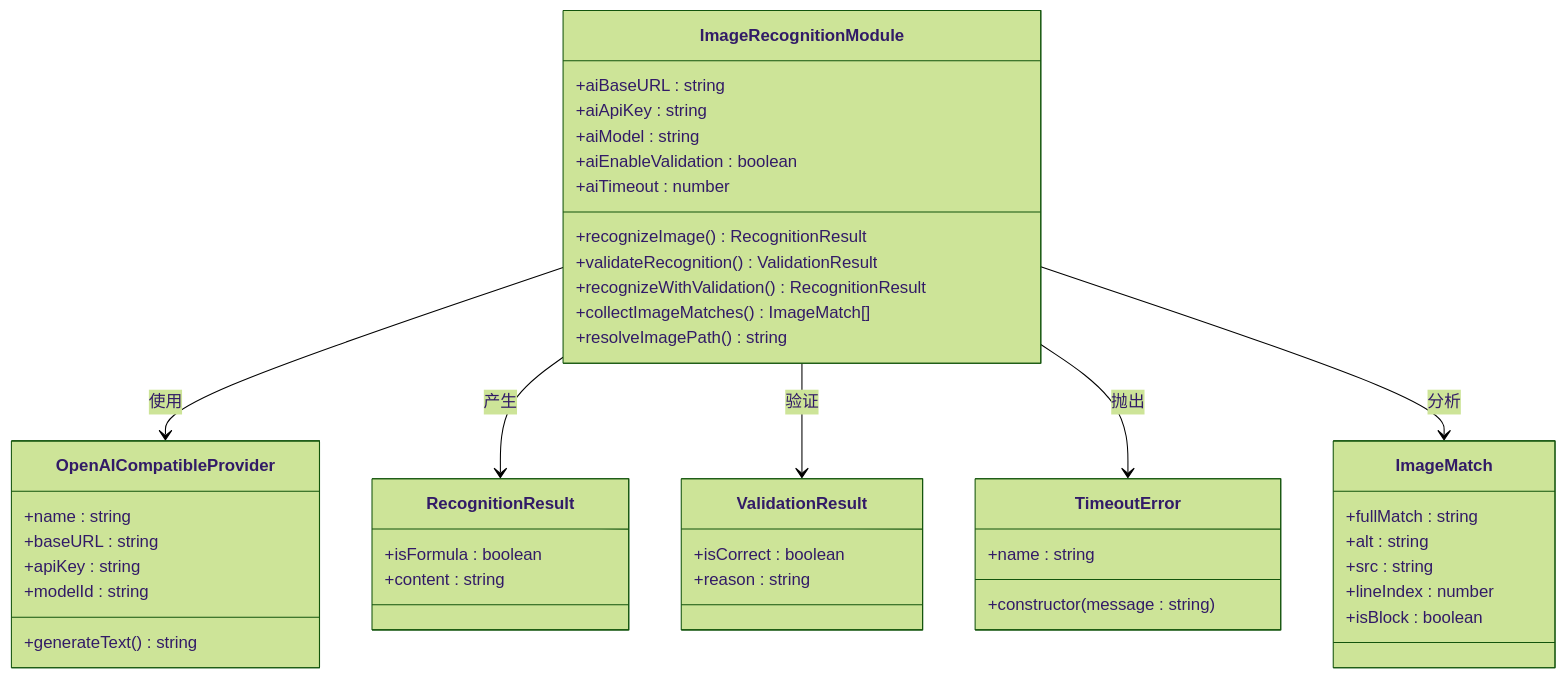
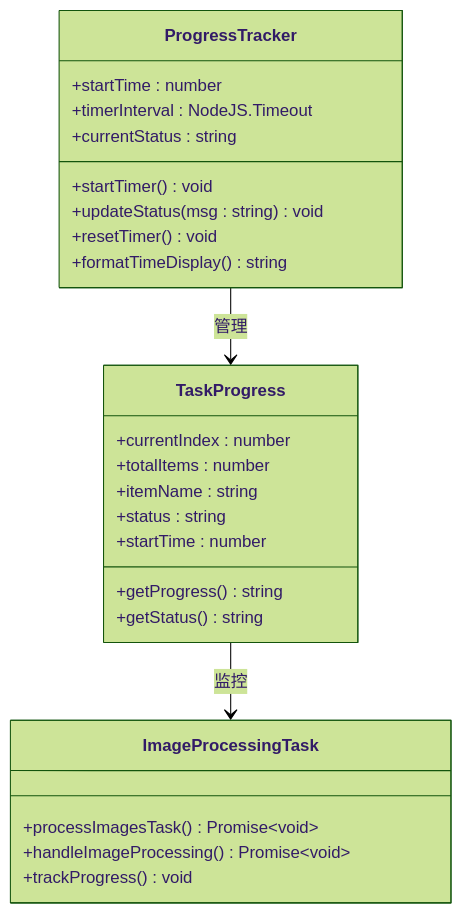
One commit to hllshiro/doc2md-cli changed the fifth of 8 diagrams in .qoder/repowiki/zh/content/转换模块详解/AI图像识别模块.md. Above: the diagram before and after it, drawn with Mermaid (forest theme). The commit also changed other lines of this file and 11 other files, not shown here.

First line of the commit message:
refactor(imageRecognition): 重构AI图像识别模块为模块化架构

````diff
--- a/.qoder/repowiki/zh/content/转换模块详解/AI图像识别模块.md
+++ b/.qoder/repowiki/zh/content/转换模块详解/AI图像识别模块.md
@@ -259,46 +270,28 @@
 ```mermaid
 classDiagram
-class ImageRecognitionModule {
-+aiBaseURL : string
-+aiApiKey : string
-+aiModel : string
-+aiEnableValidation : boolean
-+aiTimeout : number
-+recognizeImage() RecognitionResult
-+validateRecognition() ValidationResult
-+recognizeWithValidation() RecognitionResult
-+collectImageMatches() ImageMatch[]
-+resolveImagePath() string
+class ProgressTracker {
++startTime : number
++timerInterval : NodeJS.Timeout
++currentStatus : string
++startTimer() void
++updateStatus(msg : string) void
++resetTimer() void
++formatTimeDisplay() string
 }
-class OpenAICompatibleProvider {
-+name : string
-+baseURL : string
-+apiKey : string
-+modelId : string
-+generateText() string
+class TaskProgress {
++currentIndex : number
++totalItems : number
++itemName : string
++status : string
++startTime : number
++getProgress() string
++getStatus() string
 }
-class RecognitionResult {
-+isFormula : boolean
-+content : string
+class ImageProcessingTask {
++processImagesTask() Promise~void~
++handleImageProcessing() Promise~void~
++trackProgress() void
 }
-class ValidationResult {
-+isCorrect : boolean
-+reason : string
-}
-class TimeoutError {
-+name : string
-+constructor(message : string)
-}
-class ImageMatch {
-+fullMatch : string
-+alt : string
-+src : string
-+lineIndex : number
-+isBlock : boolean
-}
-ImageRecognitionModule --> OpenAICompatibleProvider : 使用
-ImageRecognitionModule --> RecognitionResult : 产生
-ImageRecognitionModule --> ValidationResult : 验证
-ImageRecognitionModule --> TimeoutError : 抛出
-ImageRecognitionModule --> ImageMatch : 分析
+ProgressTracker --> TaskProgress : 管理
+TaskProgress --> ImageProcessingTask : 监控
 ```
````
